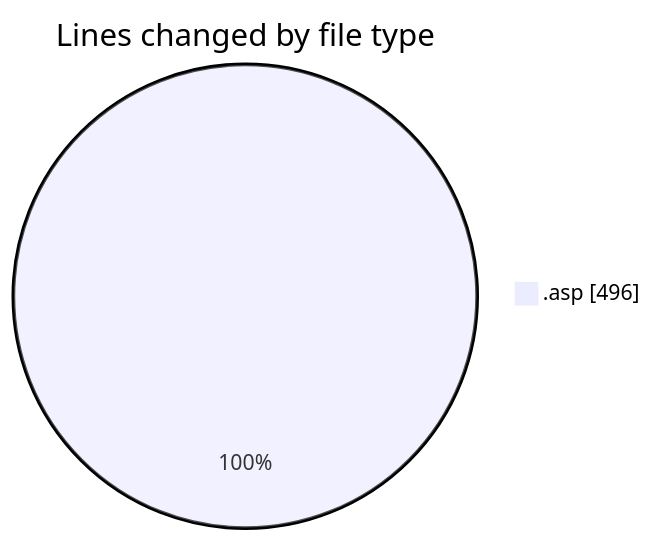
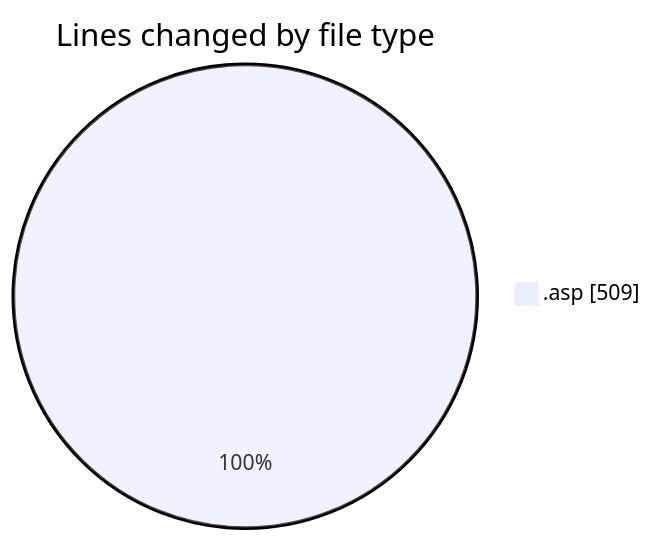
One commit to julien-gomy/code-tracking changed the first of 2 diagrams in 2025-10-14/cdp_aleoudev_fr__workspace_/README.md. Above: the diagram before and after it, drawn with Mermaid. The commit also changed other lines of this file and 1 other file, not shown here.

````diff
--- a/2025-10-14/cdp_aleoudev_fr__workspace_/README.md
+++ b/2025-10-14/cdp_aleoudev_fr__workspace_/README.md
@@ -20,5 +20,5 @@
 ```mermaid
 pie showData
 title Lines changed by file type
-".asp" : 496
+".asp" : 509
 ```
````
